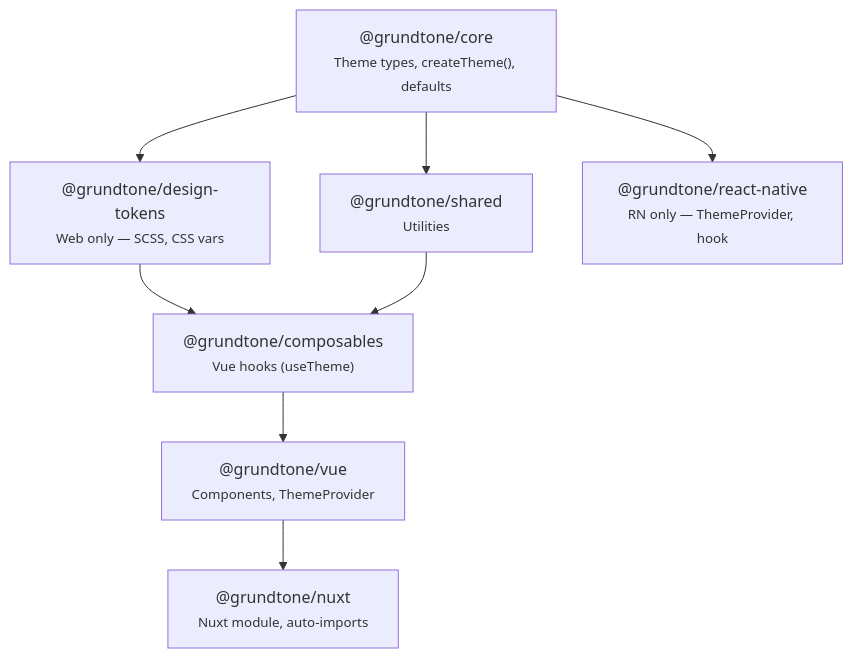
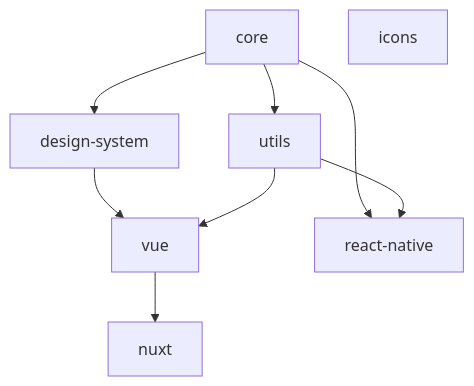
One commit to KlangHaus/grundtone changed the first of 4 diagrams in apps/docs/core/package-architecture.md. Above: the diagram before and after it, drawn with Mermaid. The commit also changed other lines of this file and 958 other files, not shown here.

````diff
--- a/apps/docs/core/package-architecture.md
+++ b/apps/docs/core/package-architecture.md
@@ -7,18 +7,18 @@
 ```mermaid
 graph TD
-    core["@grundtone/core<br/><small>Theme types, createTheme(), defaults</small>"]
-    tokens["@grundtone/design-tokens<br/><small>Web only — SCSS, CSS vars</small>"]
-    shared["@grundtone/shared<br/><small>Utilities</small>"]
-    rn["@grundtone/react-native<br/><small>RN only — ThemeProvider, hook</small>"]
-    composables["@grundtone/composables<br/><small>Vue hooks (useTheme)</small>"]
-    vue["@grundtone/vue<br/><small>Components, ThemeProvider</small>"]
-    nuxt["@grundtone/nuxt<br/><small>Nuxt module, auto-imports</small>"]
+    core[core]
+    icons[icons]
+    tokens[design-system]
+    shared[utils]
+    vue[vue]
+    nuxt[nuxt]
+    rn[react-native]
 
     core --> tokens
     core --> shared
     core --> rn
-    tokens --> composables
-    shared --> composables
-    composables --> vue
+    shared --> rn
+    tokens --> vue
+    shared --> vue
     vue --> nuxt
 ```
````
